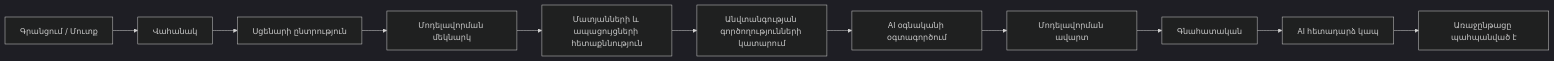
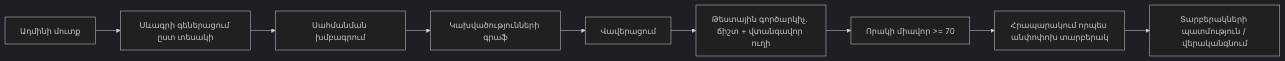
Before and after one commit to baghdasaryanzenfira-spec/cyber-sim: the diagram in docs/hy/02-requirements.md, drawn with Mermaid (dark theme). The commit also changed other lines of this file and 37 other files, not shown here.

````diff
--- a/docs/hy/02-requirements.md
+++ b/docs/hy/02-requirements.md
@@ -65,6 +104,6 @@
 ```mermaid
 flowchart LR
-  A[Գրանցում / Մուտք] --> B[Վահանակ] --> C[Սցենարի ընտրություն] --> D[Մոդելավորման մեկնարկ]
-  D --> E[Մատյանների և ապացույցների հետաքննություն] --> F[Անվտանգության գործողությունների կատարում] --> G[AI օգնականի օգտագործում]
-  G --> H[Մոդելավորման ավարտ] --> I[Գնահատական] --> J[AI հետադարձ կապ] --> K[Առաջընթացը պահպանված է]
+  A[Ադմինի մուտք] --> B[Սևագրի գեներացում ըստ տեսակի] --> C[Սահմանման խմբագրում]
+  C --> D[Կախվածությունների գրաֆ] --> E[Վավերացում] --> F[Թեստային գործարկիչ. ճիշտ + վտանգավոր ուղի]
+  F --> G[Որակի միավոր >= 70] --> H[Հրապարակում որպես անփոփոխ տարբերակ] --> I[Տարբերակների պատմություն / վերականգնում]
 ```
````
